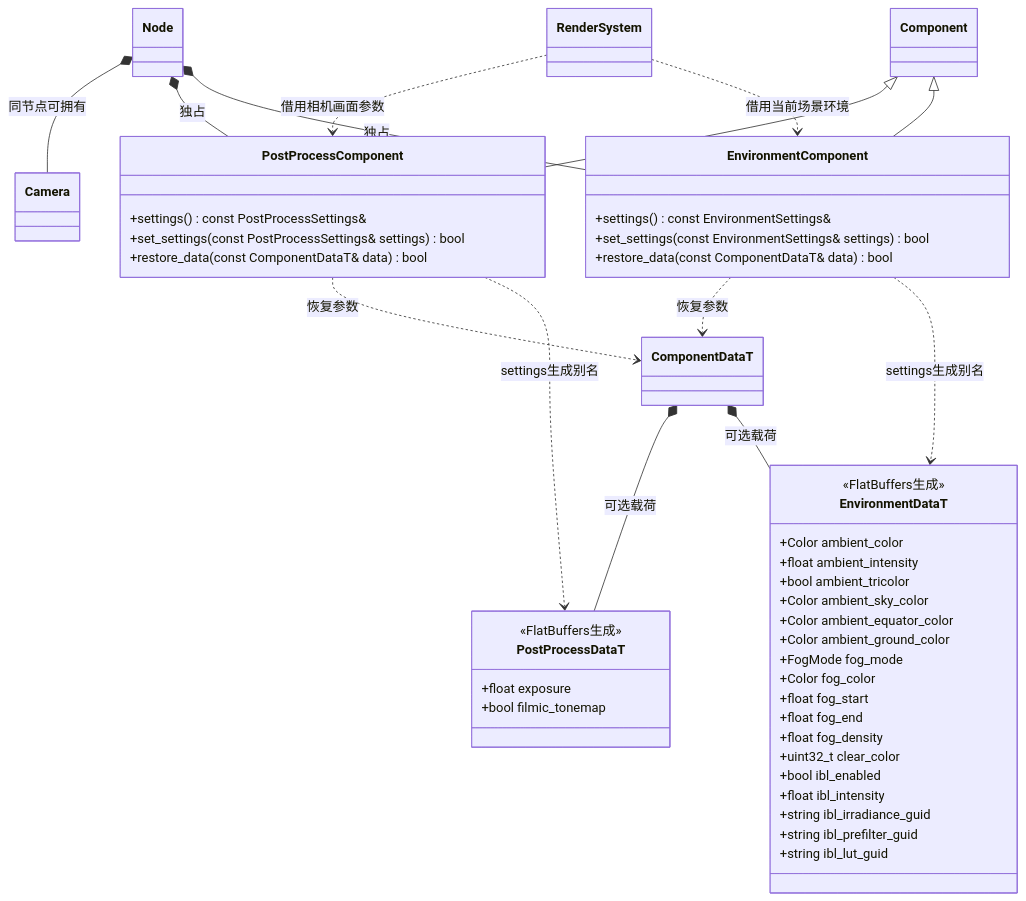
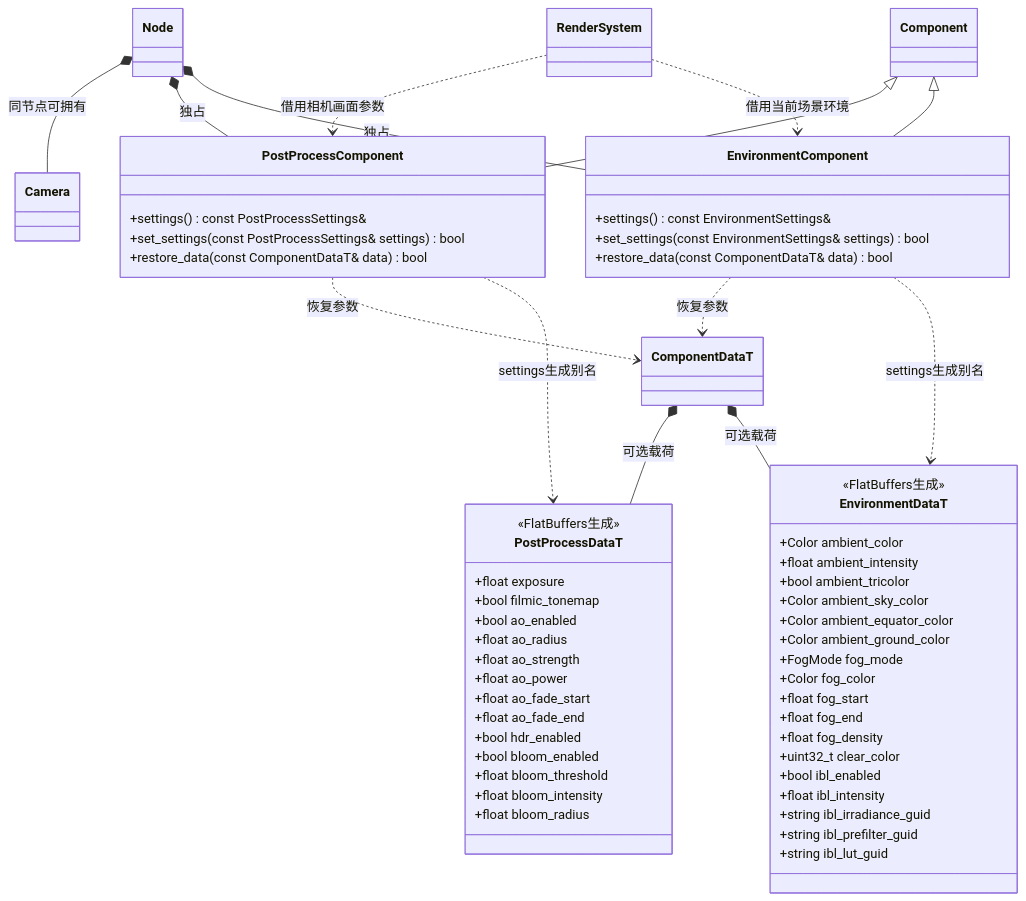
The diagram in docs/runtime/class-diagrams/environment-components.md (lcals/Engine), drawn with Mermaid before and after one commit. The commit also changed other lines of this file and 78 other files, not shown here.

````diff
--- a/docs/runtime/class-diagrams/environment-components.md
+++ b/docs/runtime/class-diagrams/environment-components.md
@@ -7,56 +7,67 @@
 ```mermaid
 classDiagram
     class Component
     class Node
     class Camera
     class EnvironmentComponent {
         +settings() const EnvironmentSettings&
         +set_settings(const EnvironmentSettings& settings) bool
         +restore_data(const ComponentDataT& data) bool
     }
     class PostProcessComponent {
         +settings() const PostProcessSettings&
         +set_settings(const PostProcessSettings& settings) bool
         +restore_data(const ComponentDataT& data) bool
     }
     class EnvironmentDataT {
         <<FlatBuffers生成>>
         +Color ambient_color
         +float ambient_intensity
         +bool ambient_tricolor
         +Color ambient_sky_color
         +Color ambient_equator_color
         +Color ambient_ground_color
         +FogMode fog_mode
         +Color fog_color
         +float fog_start
         +float fog_end
         +float fog_density
         +uint32_t clear_color
         +bool ibl_enabled
         +float ibl_intensity
         +string ibl_irradiance_guid
         +string ibl_prefilter_guid
         +string ibl_lut_guid
     }
     class PostProcessDataT {
         <<FlatBuffers生成>>
         +float exposure
         +bool filmic_tonemap
+        +bool ao_enabled
+        +float ao_radius
+        +float ao_strength
+        +float ao_power
+        +float ao_fade_start
+        +float ao_fade_end
+        +bool hdr_enabled
+        +bool bloom_enabled
+        +float bloom_threshold
+        +float bloom_intensity
+        +float bloom_radius
     }
     class ComponentDataT
     class RenderSystem
     Component <|-- EnvironmentComponent
     Component <|-- PostProcessComponent
     Node *-- EnvironmentComponent : 独占
     Node *-- PostProcessComponent : 独占
     Node *-- Camera : 同节点可拥有
     ComponentDataT *-- EnvironmentDataT : 可选载荷
     ComponentDataT *-- PostProcessDataT : 可选载荷
     EnvironmentComponent ..> EnvironmentDataT : settings生成别名
     PostProcessComponent ..> PostProcessDataT : settings生成别名
     EnvironmentComponent ..> ComponentDataT : 恢复参数
     PostProcessComponent ..> ComponentDataT : 恢复参数
     RenderSystem ..> EnvironmentComponent : 借用当前场景环境
     RenderSystem ..> PostProcessComponent : 借用相机画面参数
 ```
````
